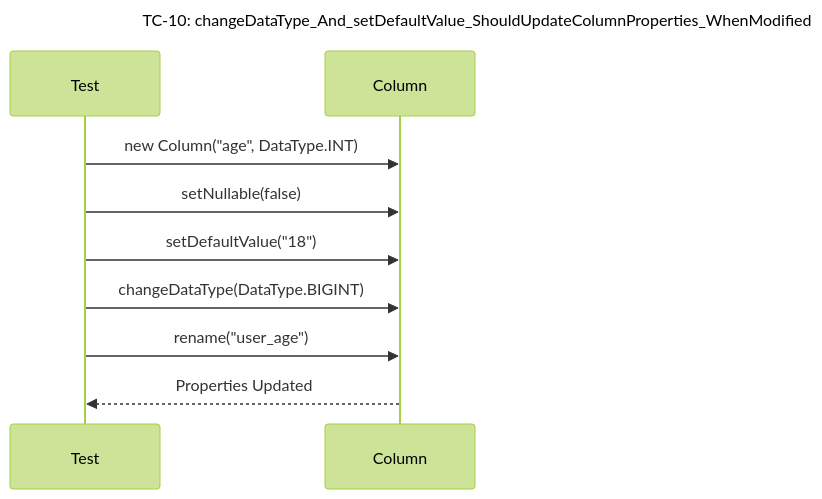
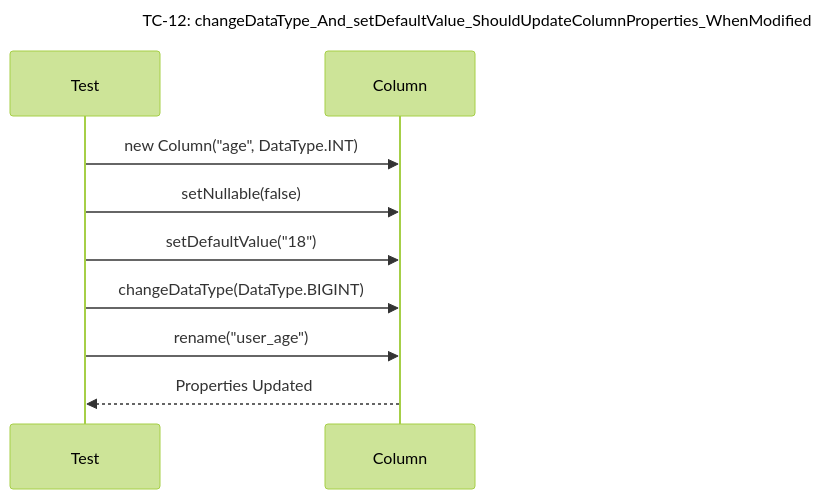
Diagram 34 of 47 in docs/unit_test/metadata/SequeceTestCase.md (Dikhang1112/Database_Management_BBV), drawn with Mermaid (forest theme) before and after one commit. The commit also changed other lines of this file and 23 other files, not shown here.

````diff
--- a/docs/unit_test/metadata/SequeceTestCase.md
+++ b/docs/unit_test/metadata/SequeceTestCase.md
@@ -189,13 +521,13 @@
 ```mermaid
 sequenceDiagram
-    title TC-10: changeDataType_And_setDefaultValue_ShouldUpdateColumnProperties_WhenModified
+    title TC-12: changeDataType_And_setDefaultValue_ShouldUpdateColumnProperties_WhenModified
     participant Test
     participant Column
 
     Test->>Column: new Column("age", DataType.INT)
     Test->>Column: setNullable(false)
     Test->>Column: setDefaultValue("18")
     Test->>Column: changeDataType(DataType.BIGINT)
     Test->>Column: rename("user_age")
     Column-->>Test: Properties Updated
 ```
````
